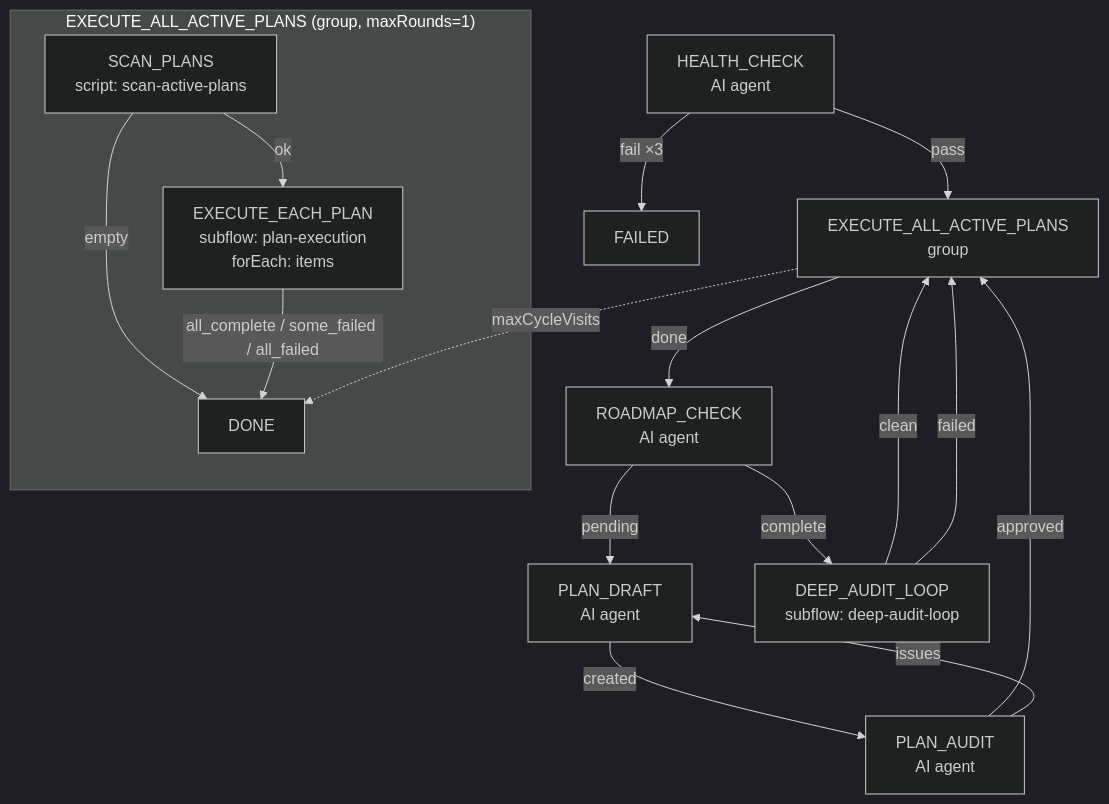
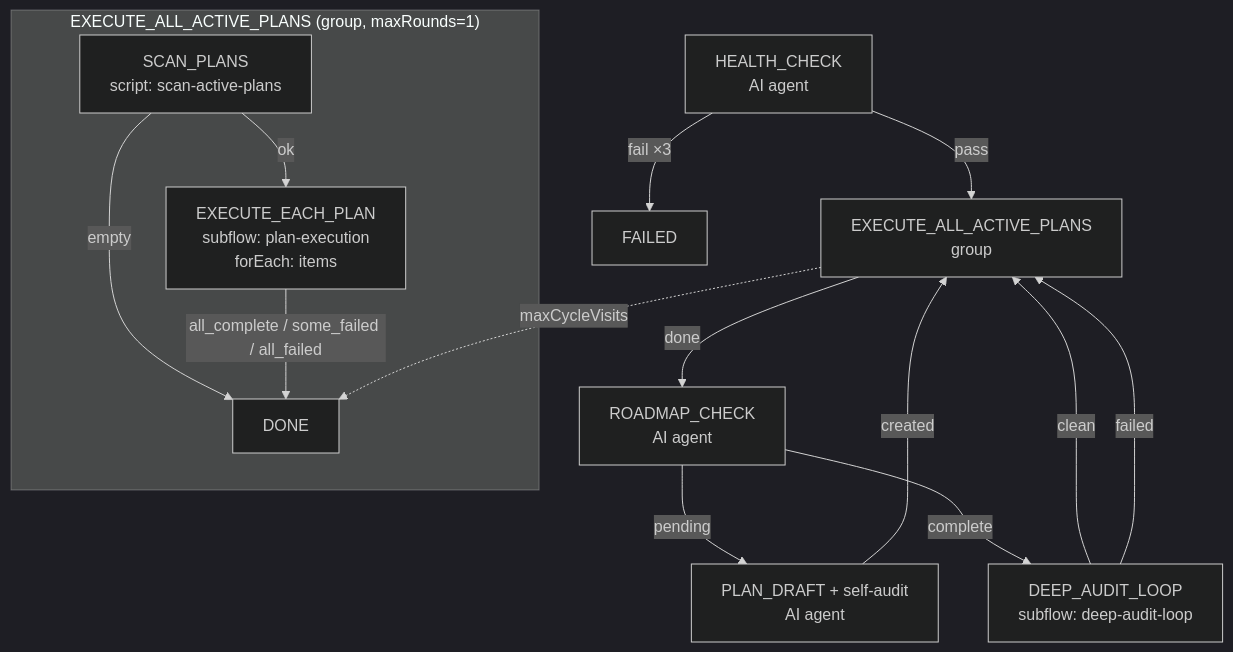
The first of 3 diagrams in ai-dev/design/opencode-goal-driver/goal-driver-flow-design.md (entropy-cloud/nop-entropy), drawn with Mermaid (dark theme) before and after one commit. The commit also changed other lines of this file and 9 other files, not shown here.

First line of the commit message:
refactor(goal-driver): 合并 PLAN_AUDIT 步骤到 PLAN_DRAFT (self-audit 内嵌)

````diff
--- a/ai-dev/design/opencode-goal-driver/goal-driver-flow-design.md
+++ b/ai-dev/design/opencode-goal-driver/goal-driver-flow-design.md
@@ -43,26 +43,23 @@
 ```mermaid
 flowchart TD
     HC["HEALTH_CHECK<br/>AI agent"] -->|pass| EAP["EXECUTE_ALL_ACTIVE_PLANS<br/>group"]
     HC -->|fail ×3| FAILED
 
     subgraph EAP_G["EXECUTE_ALL_ACTIVE_PLANS (group, maxRounds=1)"]
         SP["SCAN_PLANS<br/>script: scan-active-plans"] -->|ok| EEP["EXECUTE_EACH_PLAN<br/>subflow: plan-execution<br/>forEach: items"]
         SP -->|empty| DONE
         EEP -->|all_complete / some_failed / all_failed| DONE
     end
 
     EAP -->|done| RC["ROADMAP_CHECK<br/>AI agent"]
 
-    RC -->|pending| PD["PLAN_DRAFT<br/>AI agent"]
+    RC -->|pending| PD["PLAN_DRAFT + self-audit<br/>AI agent"]
     RC -->|complete| DAL["DEEP_AUDIT_LOOP<br/>subflow: deep-audit-loop"]
 
-    PD -->|created| PA["PLAN_AUDIT<br/>AI agent"]
-
-    PA -->|approved| EAP
-    PA -->|issues| PD
+    PD -->|created| EAP
 
     DAL -->|clean| EAP
     DAL -->|failed| EAP
 
     EAP -.->|maxCycleVisits| DONE
 ```
````
